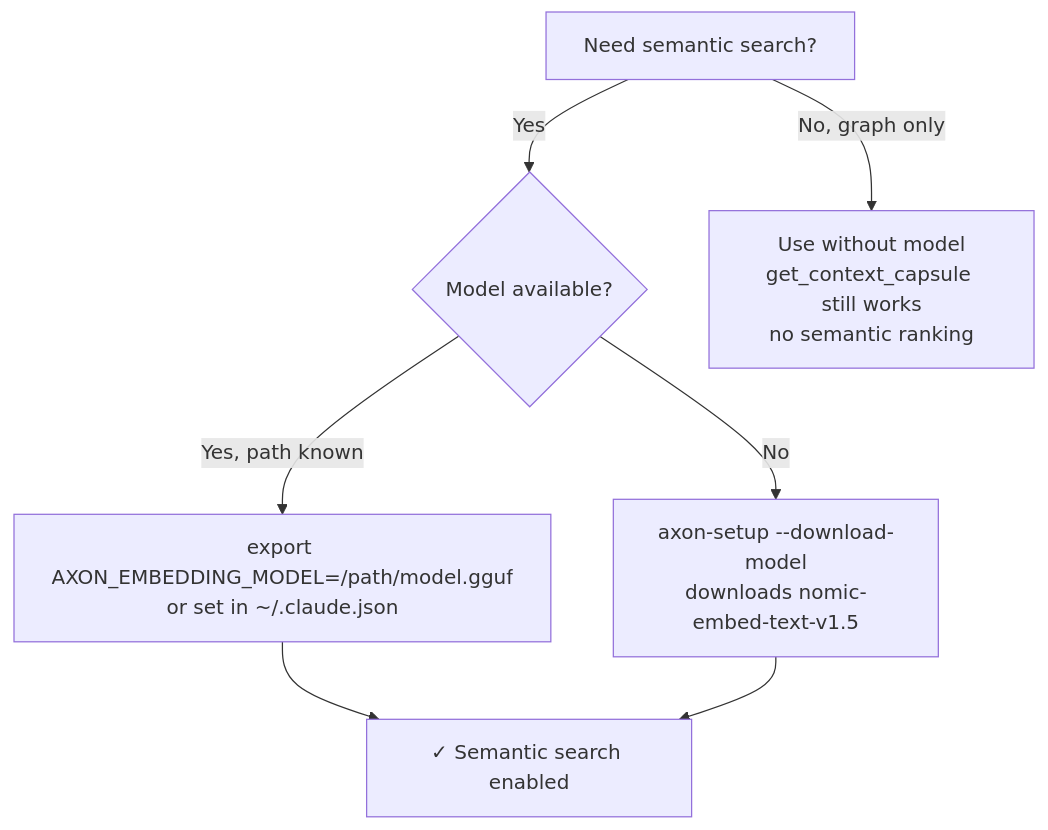
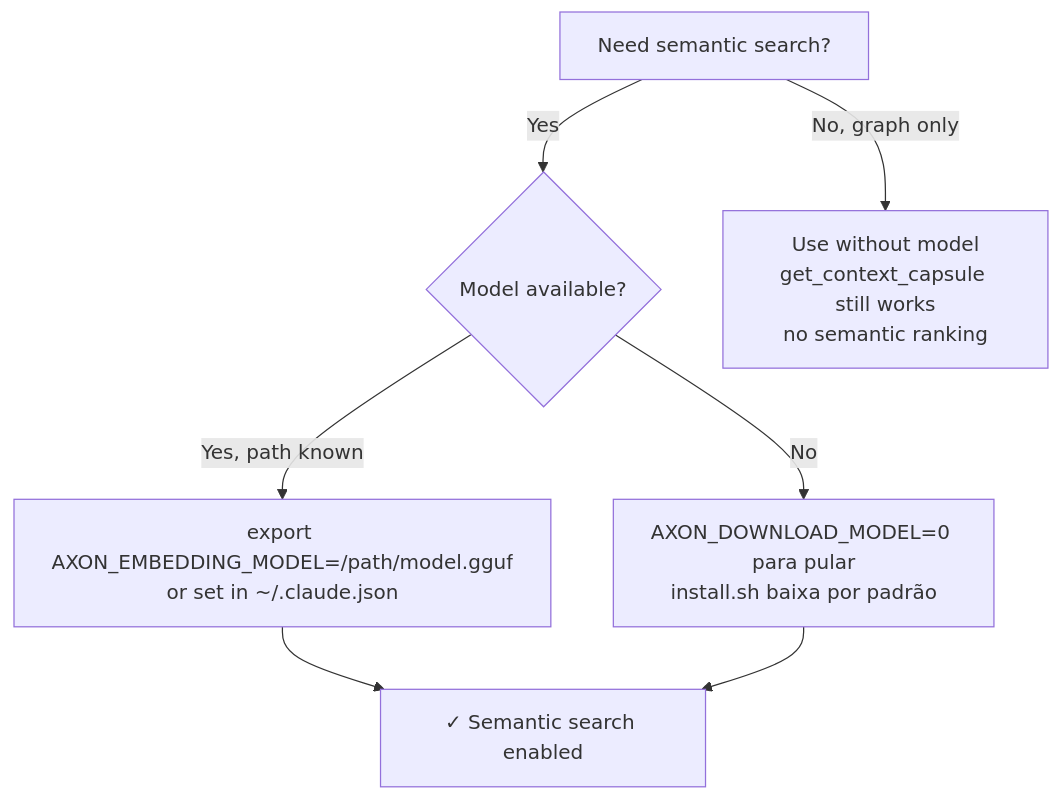
Before and after one commit to HideakiSolutions/axon-releases: the third of 4 diagrams in docs/pt-br/configuration.md, drawn with Mermaid. The commit also changed other lines of this file and 4 other files, not shown here.

First line of the commit message:
docs: fix install flow for laypeople (install.sh not axon-setup, releases/latest, model+MCP auto)

````diff
--- a/docs/pt-br/configuration.md
+++ b/docs/pt-br/configuration.md
@@ -100,9 +96,9 @@
 ```mermaid
 flowchart TD
     A[Need semantic search?] -->|Yes| B{Model available?}
     A -->|No, graph only| C[Use without model\nget_context_capsule still works\nno semantic ranking]
     B -->|Yes, path known| D["export AXON_EMBEDDING_MODEL=/path/model.gguf\nor set in ~/.claude.json"]
-    B -->|No| E[axon-setup --download-model\ndownloads nomic-embed-text-v1.5]
+    B -->|No| E[AXON_DOWNLOAD_MODEL=0 para pular\ninstall.sh baixa por padrão]
     D --> F[✓ Semantic search enabled]
     E --> F
 ```
````
